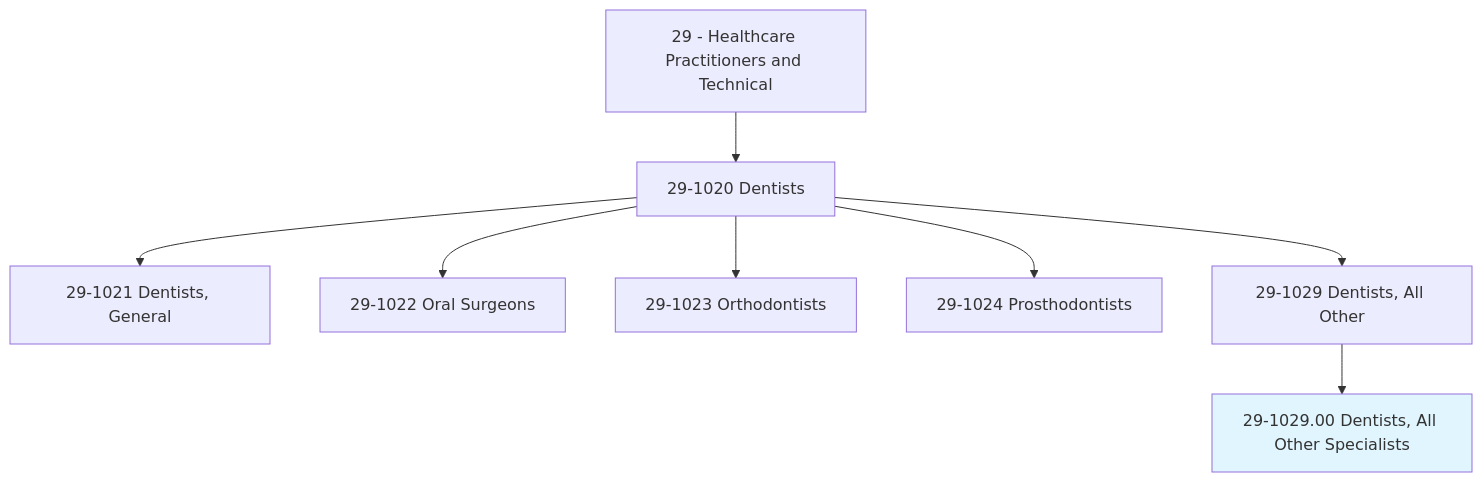
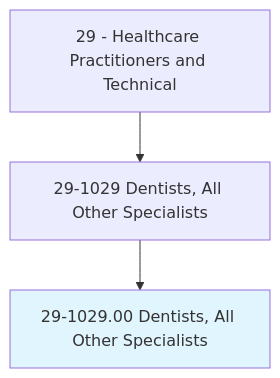
The first of 4 diagrams in occupations/HealthcarePractitioners/DentistsAllOtherSpecialists.mdx (kziemski/business.org.ai), drawn with Mermaid before and after one commit. The commit also changed other lines of this file and 938 other files, not shown here.

````diff
--- a/occupations/HealthcarePractitioners/DentistsAllOtherSpecialists.mdx
+++ b/occupations/HealthcarePractitioners/DentistsAllOtherSpecialists.mdx
@@ -19,13 +23,6 @@
 ```mermaid
 graph TD
-    Cat29["29 - Healthcare Practitioners and Technical"] --> Group2910["29-1020 Dentists"]
-    Group2910 --> DentGen["29-1021 Dentists, General"]
-    Group2910 --> OralSurg["29-1022 Oral Surgeons"]
-    Group2910 --> Ortho["29-1023 Orthodontists"]
-    Group2910 --> Prosth["29-1024 Prosthodontists"]
-    Group2910 --> Base291029["29-1029 Dentists, All Other"]
-
-    Base291029 --> DentSpec["29-1029.00 Dentists, All Other Specialists"]
-
-    style DentSpec fill:#e1f5fe
+    Cat29["29 - Healthcare Practitioners and Technical"] --> Group291029["29-1029 Dentists, All Other Specialists"]
+    Group291029 --> Current["29-1029.00 Dentists, All Other Specialists"]
+    style Current fill:#e1f5fe
 ```
````
